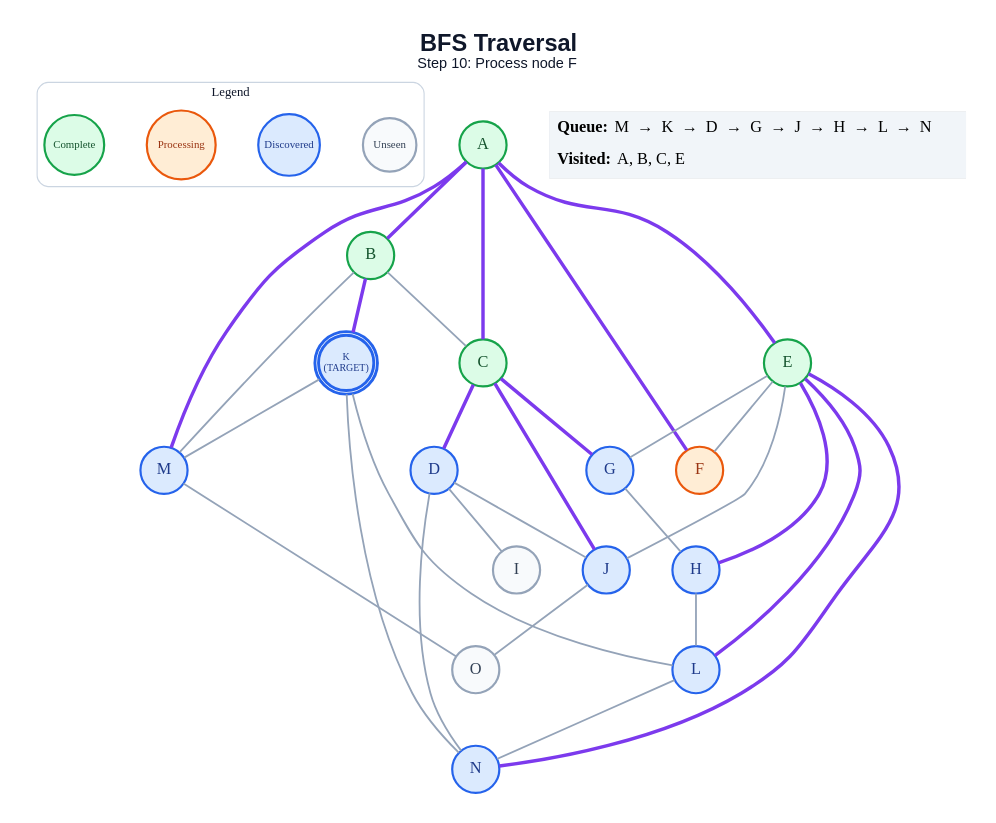
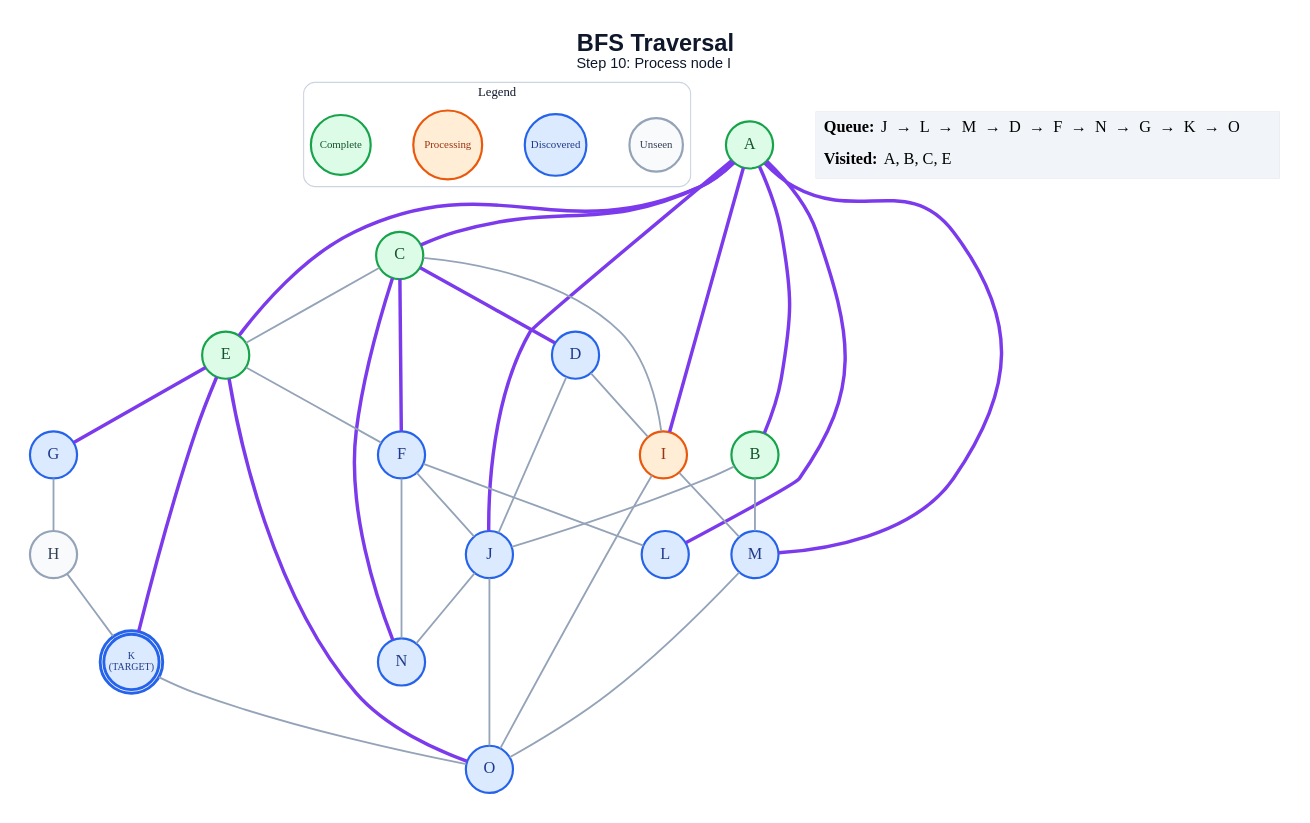
One commit to anon7238593-create/ai-slop changed the diagram in generated/bfs/step_10.dot. Above: the diagram before and after it, drawn with Graphviz. The commit also changed 264 other files, not shown here.

```diff
--- a/generated/bfs/step_10.dot
+++ b/generated/bfs/step_10.dot
@@ -1,62 +1,65 @@
 graph traversal {
   graph [layout=dot, rankdir=TB, bgcolor="#FFFFFF", pad="0.35", nodesep="0.65", ranksep="0.8", fontname="Arial"];
   node [shape=circle, style="filled", fontname="Arial Bold", fontsize=18, width=0.72, fixedsize=true, penwidth=2.4];
   edge [color="#94A3B8", penwidth=2.0];
-  label=<<B>BFS Traversal</B><BR/><FONT POINT-SIZE="16">Step 10: Process node F</FONT>>; labelloc="t"; fontsize=26; fontname="Arial"; fontcolor="#0F172A";
+  label=<<B>BFS Traversal</B><BR/><FONT POINT-SIZE="16">Step 10: Process node I</FONT>>; labelloc="t"; fontsize=26; fontname="Arial"; fontcolor="#0F172A";
   subgraph cluster_legend { label="Legend"; color="#CBD5E1"; penwidth=1.2; style="rounded"; fontsize=14; fontname="Arial Bold";
     key_unseen [label="Unseen", fillcolor="#F8FAFC", color="#94A3B8", fontcolor="#334155", fontsize=12, width=0.82];
     key_frontier [label="Discovered", fillcolor="#DBEAFE", color="#2563EB", fontcolor="#1E3A8A", fontsize=12, width=0.95];
     key_current [label="Processing", fillcolor="#FFEDD5", color="#EA580C", fontcolor="#9A3412", fontsize=12, width=1.05];
     key_done [label="Complete", fillcolor="#DCFCE7", color="#16A34A", fontcolor="#14532D", fontsize=12, width=0.92];
     { rank=same; key_unseen; key_frontier; key_current; key_done; }
   }
   A [label="A", fillcolor="#DCFCE7", color="#16A34A", fontcolor="#14532D", peripheries=1, penwidth=2.4];
   B [label="B", fillcolor="#DCFCE7", color="#16A34A", fontcolor="#14532D", peripheries=1, penwidth=2.4];
   C [label="C", fillcolor="#DCFCE7", color="#16A34A", fontcolor="#14532D", peripheries=1, penwidth=2.4];
   D [label="D", fillcolor="#DBEAFE", color="#2563EB", fontcolor="#1E3A8A", peripheries=1, penwidth=2.4];
   E [label="E", fillcolor="#DCFCE7", color="#16A34A", fontcolor="#14532D", peripheries=1, penwidth=2.4];
-  F [label="F", fillcolor="#FFEDD5", color="#EA580C", fontcolor="#9A3412", peripheries=1, penwidth=2.4];
+  F [label="F", fillcolor="#DBEAFE", color="#2563EB", fontcolor="#1E3A8A", peripheries=1, penwidth=2.4];
   G [label="G", fillcolor="#DBEAFE", color="#2563EB", fontcolor="#1E3A8A", peripheries=1, penwidth=2.4];
-  H [label="H", fillcolor="#DBEAFE", color="#2563EB", fontcolor="#1E3A8A", peripheries=1, penwidth=2.4];
-  I [label="I", fillcolor="#F8FAFC", color="#94A3B8", fontcolor="#334155", peripheries=1, penwidth=2.4];
+  H [label="H", fillcolor="#F8FAFC", color="#94A3B8", fontcolor="#334155", peripheries=1, penwidth=2.4];
+  I [label="I", fillcolor="#FFEDD5", color="#EA580C", fontcolor="#9A3412", peripheries=1, penwidth=2.4];
   J [label="J", fillcolor="#DBEAFE", color="#2563EB", fontcolor="#1E3A8A", peripheries=1, penwidth=2.4];
   K [label="K\n(TARGET)", fillcolor="#DBEAFE", color="#2563EB", fontcolor="#1E3A8A", peripheries=2, penwidth=3.2, fontsize=11, width=0.85, height=0.85];
   L [label="L", fillcolor="#DBEAFE", color="#2563EB", fontcolor="#1E3A8A", peripheries=1, penwidth=2.4];
   M [label="M", fillcolor="#DBEAFE", color="#2563EB", fontcolor="#1E3A8A", peripheries=1, penwidth=2.4];
   N [label="N", fillcolor="#DBEAFE", color="#2563EB", fontcolor="#1E3A8A", peripheries=1, penwidth=2.4];
-  O [label="O", fillcolor="#F8FAFC", color="#94A3B8", fontcolor="#334155", peripheries=1, penwidth=2.4];
+  O [label="O", fillcolor="#DBEAFE", color="#2563EB", fontcolor="#1E3A8A", peripheries=1, penwidth=2.4];
   A -- B [color="#7C3AED", penwidth=3.8];
   A -- C [color="#7C3AED", penwidth=3.8];
   A -- E [color="#7C3AED", penwidth=3.8];
-  A -- F [color="#7C3AED", penwidth=3.8];
+  A -- I [color="#7C3AED", penwidth=3.8];
+  A -- J [color="#7C3AED", penwidth=3.8];
+  A -- L [color="#7C3AED", penwidth=3.8];
   A -- M [color="#7C3AED", penwidth=3.8];
-  B -- C;
-  B -- K [color="#7C3AED", penwidth=3.8];
+  B -- J;
   B -- M;
   C -- D [color="#7C3AED", penwidth=3.8];
-  C -- G [color="#7C3AED", penwidth=3.8];
-  C -- J [color="#7C3AED", penwidth=3.8];
+  C -- E;
+  C -- F [color="#7C3AED", penwidth=3.8];
+  C -- I;
+  C -- N [color="#7C3AED", penwidth=3.8];
   D -- I;
   D -- J;
-  D -- N;
   E -- F;
-  E -- G;
-  E -- H [color="#7C3AED", penwidth=3.8];
-  E -- J;
-  E -- L [color="#7C3AED", penwidth=3.8];
-  E -- N [color="#7C3AED", penwidth=3.8];
+  E -- G [color="#7C3AED", penwidth=3.8];
+  E -- K [color="#7C3AED", penwidth=3.8];
+  E -- O [color="#7C3AED", penwidth=3.8];
+  F -- J;
+  F -- L;
+  F -- N;
   G -- H;
-  H -- L;
+  H -- K;
+  I -- M;
+  I -- O;
+  J -- N;
   J -- O;
-  K -- L;
-  K -- M;
-  K -- N;
-  L -- N;
+  K -- O;
   M -- O;
   status [shape=plain, fixedsize=false, width=0, height=0, margin=0, label=<
     <TABLE BORDER="0" CELLBORDER="0" CELLPADDING="7" BGCOLOR="#F1F5F9">
-      <TR><TD ALIGN="LEFT"><B>Queue:</B> M  →  K  →  D  →  G  →  J  →  H  →  L  →  N</TD></TR>
+      <TR><TD ALIGN="LEFT"><B>Queue:</B> J  →  L  →  M  →  D  →  F  →  N  →  G  →  K  →  O</TD></TR>
       <TR><TD ALIGN="LEFT"><B>Visited:</B> A, B, C, E</TD></TR>
     </TABLE>
   >];
 }
```
